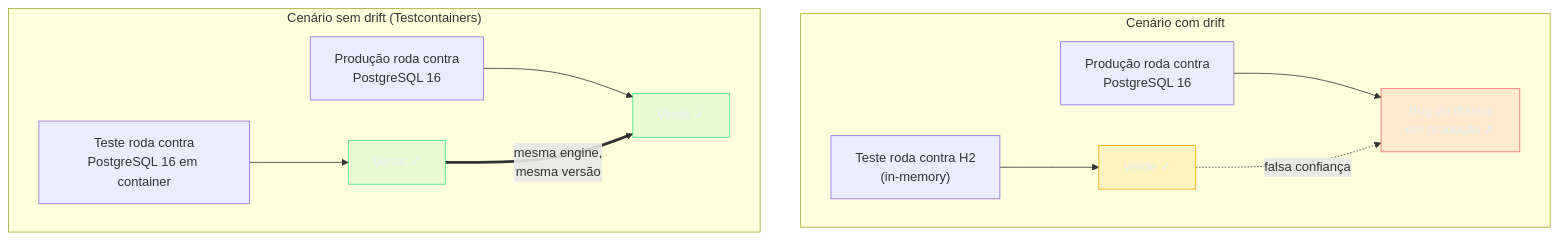
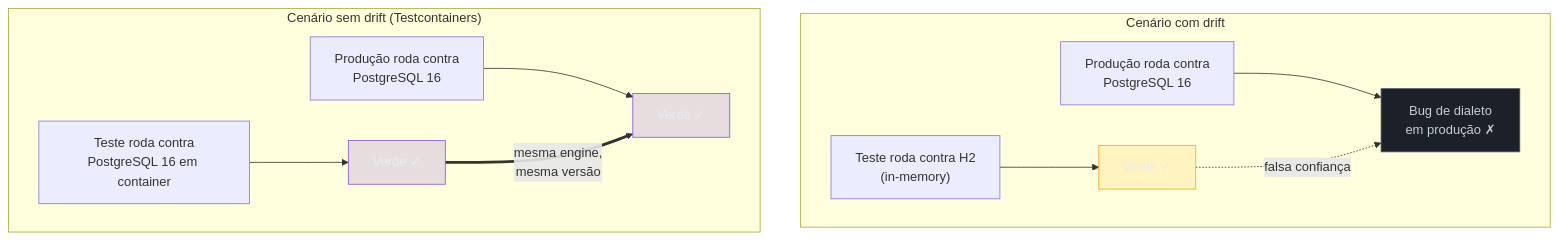
The fourth of 6 diagrams in 03-Dominios/Engenharia/Testes/07 - Testes de integração.md (josenaldo/codex-technomanticus), drawn with Mermaid before and after one commit. The commit also changed other lines of this file and 601 other files, not shown here.

````diff
--- a/03-Dominios/Engenharia/Testes/07 - Testes de integração.md
+++ b/03-Dominios/Engenharia/Testes/07 - Testes de integração.md
@@ -180,22 +180,22 @@
 ```mermaid
 flowchart TB
-    classDef falha fill:#FF6B6B24,stroke:#FF6B6B,color:#E9ECF2
+    classDef marca fill:#8855DF33,stroke:#8855DF,color:#E9ECF2
+    classDef neutro fill:#1B2029,stroke:#4E5666,color:#C6CCD8
     classDef destaque fill:#FFAA0024,stroke:#FFAA00,color:#E9ECF2
-    classDef ok fill:#4ADE8021,stroke:#4ADE80,color:#E9ECF2
     subgraph DRIFT["Cenário com drift"]
         T1["Teste roda contra H2\n(in-memory)"] --> V1["Verde ✓"]
         P1["Produção roda contra\nPostgreSQL 16"] --> X1["Bug de dialeto\nem produção ✗"]
         V1 -.->|"falsa confiança"| X1
     end
 
     subgraph IDENT["Cenário sem drift (Testcontainers)"]
         T2["Teste roda contra\nPostgreSQL 16 em container"] --> V2["Verde ✓"]
         P2["Produção roda contra\nPostgreSQL 16"] --> V3["Verde ✓"]
         V2 ==>|"mesma engine,\nmesma versão"| V3
     end
 
-    class X1 falha
+    class X1 neutro
     class V1 destaque
-    class V2 ok
-    class V3 ok
+    class V2 marca
+    class V3 marca
 ```
````
